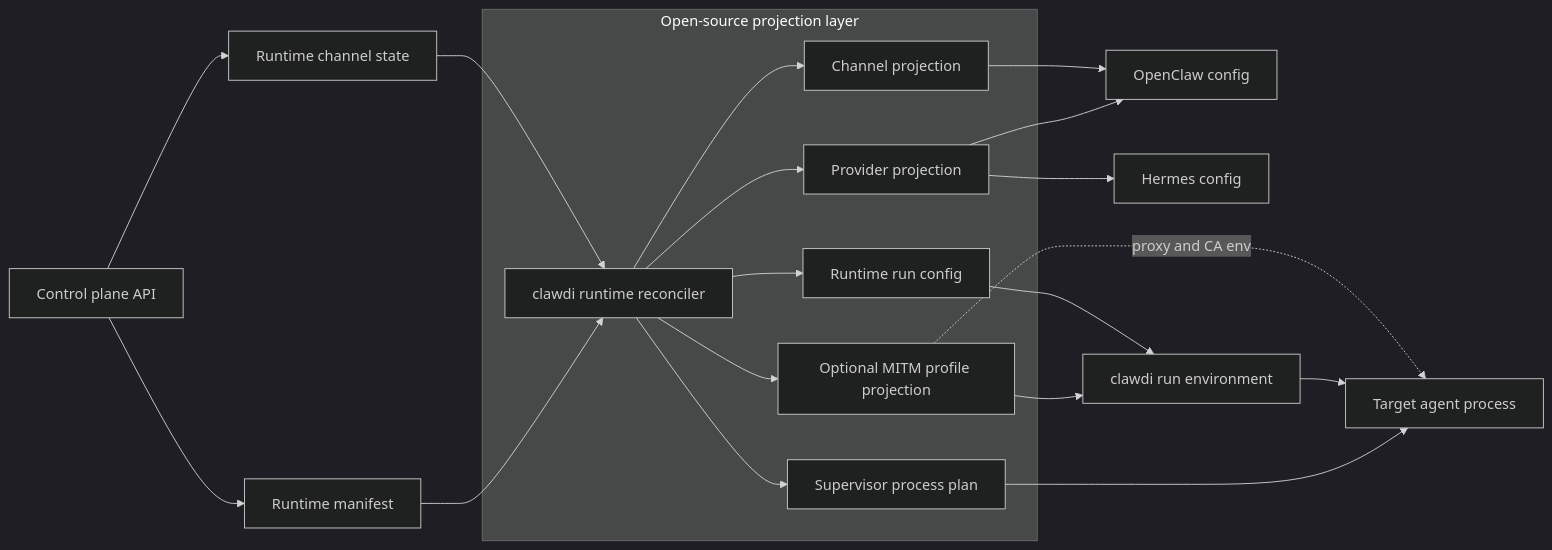
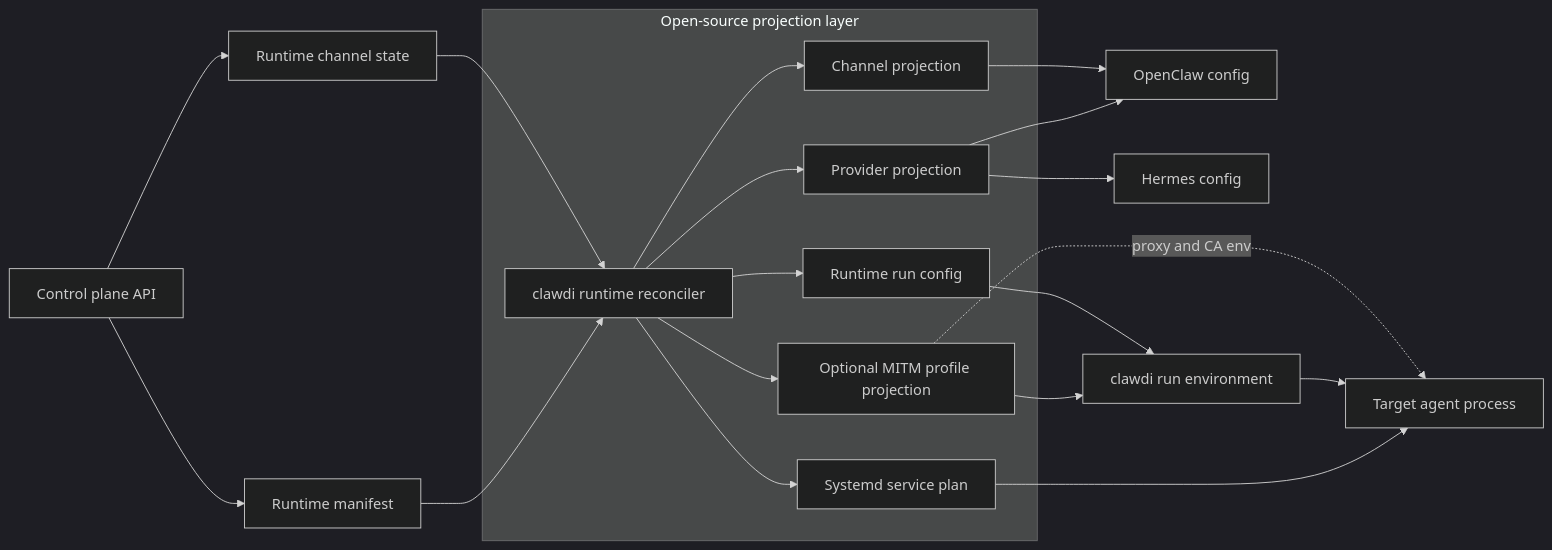
One commit to Clawdi-AI/clawdi changed the diagram in docs/plans/runtime-projection-boundary.md. Above: the diagram before and after it, drawn with Mermaid (dark theme). The commit also changed other lines of this file and 15 other files, not shown here.

````diff
--- a/docs/plans/runtime-projection-boundary.md
+++ b/docs/plans/runtime-projection-boundary.md
@@ -37,24 +37,24 @@
 ```mermaid
 flowchart LR
     ControlPlane[Control plane API] --> Manifest[Runtime manifest]
     ControlPlane --> Channels[Runtime channel state]
     Manifest --> CLI[clawdi runtime reconciler]
     Channels --> CLI
 
     subgraph Projection["Open-source projection layer"]
         CLI --> Provider[Provider projection]
         CLI --> Channel[Channel projection]
         CLI --> Sidecar[Optional MITM profile projection]
         CLI --> RunConfig[Runtime run config]
-        CLI --> SupervisorPlan[Supervisor process plan]
+        CLI --> SystemdPlan[Systemd service plan]
     end
 
     Provider --> OpenClaw[OpenClaw config]
     Provider --> Hermes[Hermes config]
     Channel --> OpenClaw
     Sidecar --> Runner[clawdi run environment]
     RunConfig --> Runner
-    SupervisorPlan --> Target
+    SystemdPlan --> Target
     Runner --> Target[Target agent process]
     Sidecar -. proxy and CA env .-> Target
 ```
````
